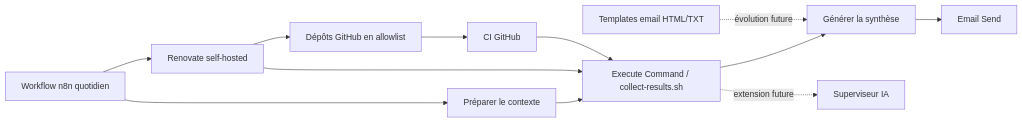
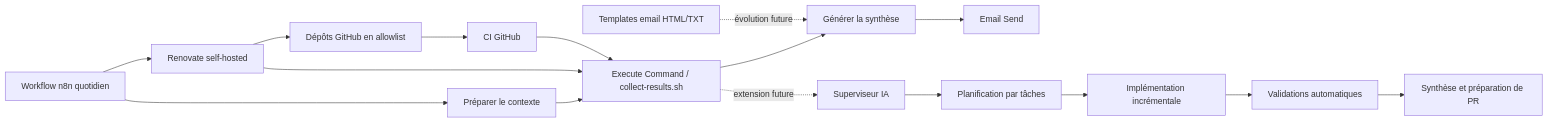
The diagram in docs/architecture.md (arnaud-wissart-lab/repo-ops), drawn with Mermaid before and after one commit. The commit also changed other lines of this file and 4 other files, not shown here.

````diff
--- a/docs/architecture.md
+++ b/docs/architecture.md
@@ -50,14 +94,18 @@
 ```mermaid
 flowchart LR
     Scheduler["Workflow n8n quotidien"] --> Context["Préparer le contexte"]
     Context --> Collect["Execute Command / collect-results.sh"]
     Collect --> Summary["Générer la synthèse"]
     Summary --> Mail["Email Send"]
     Scheduler --> Renovate["Renovate self-hosted"]
     Renovate --> GitHub["Dépôts GitHub en allowlist"]
     GitHub --> CI["CI GitHub"]
     Renovate --> Collect
     CI --> Collect
     Templates["Templates email HTML/TXT"] -. évolution future .-> Summary
     Collect -. extension future .-> AI["Superviseur IA"]
+    AI --> Planner["Planification par tâches"]
+    Planner --> Worker["Implémentation incrémentale"]
+    Worker --> Checks["Validations automatiques"]
+    Checks --> Reporter["Synthèse et préparation de PR"]
 ```
````
